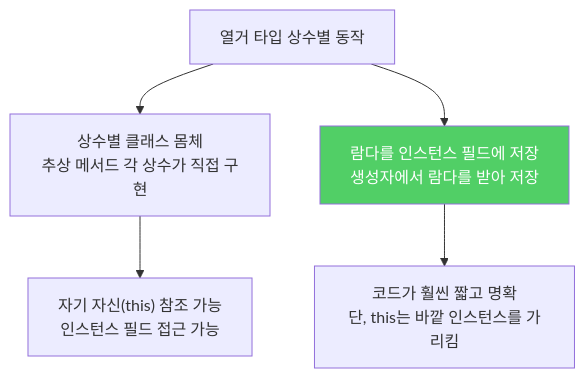
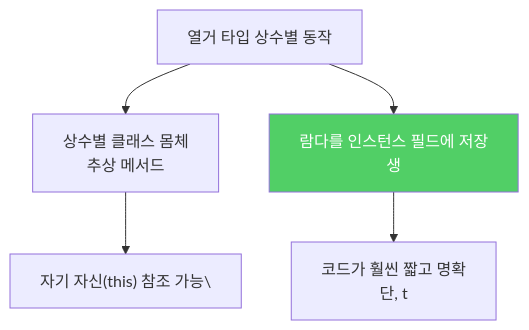
Before and after one commit to yjkim2015/yjkim2015.github.io: the first of 2 diagrams in _posts/java/2022-01-17-effective-java42.md, drawn with Mermaid. The commit also changed other lines of this file and 271 other files, not shown here.

First line of the commit message:
Mermaid 라벨 축소: 긴 노드 텍스트 18자 이하로 트림 + \n 제거

````diff
--- a/_posts/java/2022-01-17-effective-java42.md
+++ b/_posts/java/2022-01-17-effective-java42.md
@@ -53,8 +53,8 @@
 ```mermaid
 graph TD
-    A["열거 타입 상수별 동작"] --> B["상수별 클래스 몸체\n추상 메서드 각 상수가 직접 구현"]
-    A --> C["람다를 인스턴스 필드에 저장\n생성자에서 람다를 받아 저장"]
-    B --> D["자기 자신(this) 참조 가능\n인스턴스 필드 접근 가능"]
-    C --> E["코드가 훨씬 짧고 명확\n단, this는 바깥 인스턴스를 가리킴"]
+    A["열거 타입 상수별 동작"] --> B["상수별 클래스 몸체\n추상 메서드"]
+    A --> C["람다를 인스턴스 필드에 저장\n생"]
+    B --> D["자기 자신(this) 참조 가능\"]
+    C --> E["코드가 훨씬 짧고 명확\n단, t"]
     style C fill:#51cf66,color:#fff
 ```
````
